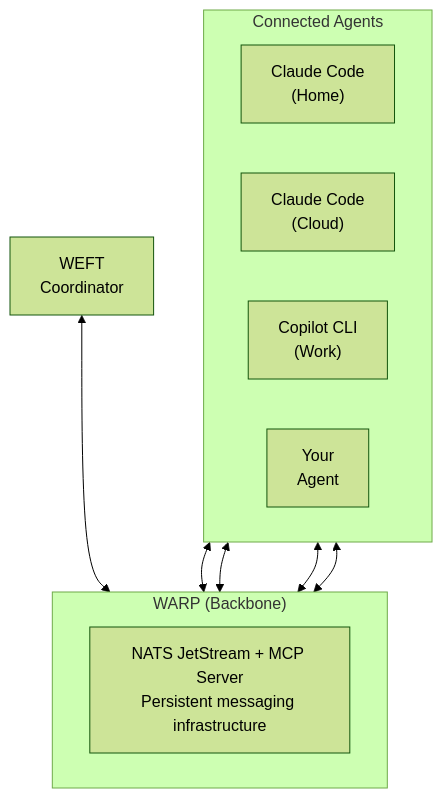
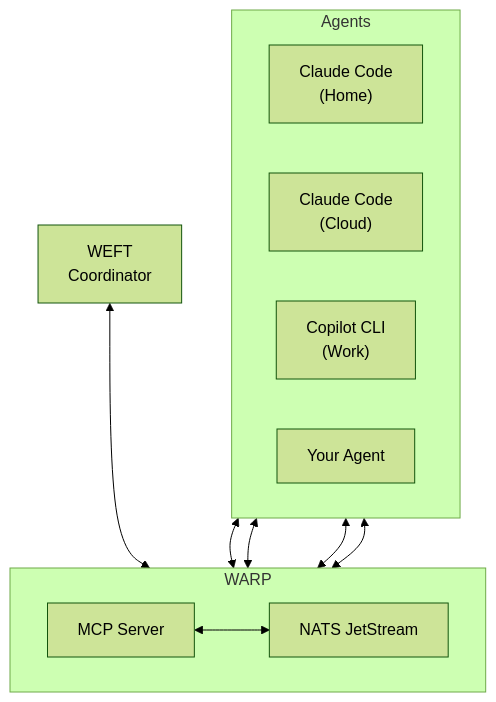
Before and after one commit to loominal/.github: the diagram in profile/README.md, drawn with Mermaid (forest theme).

Commit message:
Simplify WARP box in diagram

````diff
--- a/profile/README.md
+++ b/profile/README.md
@@ -27,23 +27,25 @@
 ```mermaid
 flowchart TB
-    subgraph WARP["WARP (Backbone)"]
+    subgraph WARP["WARP"]
         direction LR
-        NATS["NATS JetStream + MCP Server<br/>Persistent messaging infrastructure"]
+        MCP["MCP Server"]
+        NATS["NATS JetStream"]
+        MCP <--> NATS
     end
 
     WEFT["WEFT<br/>Coordinator"]
 
-    subgraph Agents["Connected Agents"]
+    subgraph Agents["Agents"]
         direction LR
         A1["Claude Code<br/>(Home)"]
         A2["Claude Code<br/>(Cloud)"]
         A3["Copilot CLI<br/>(Work)"]
-        A4["Your<br/>Agent"]
+        A4["Your Agent"]
     end
 
     A1 <--> WARP
     A2 <--> WARP
     A3 <--> WARP
     A4 <--> WARP
     WEFT <--> WARP
 ```
````
